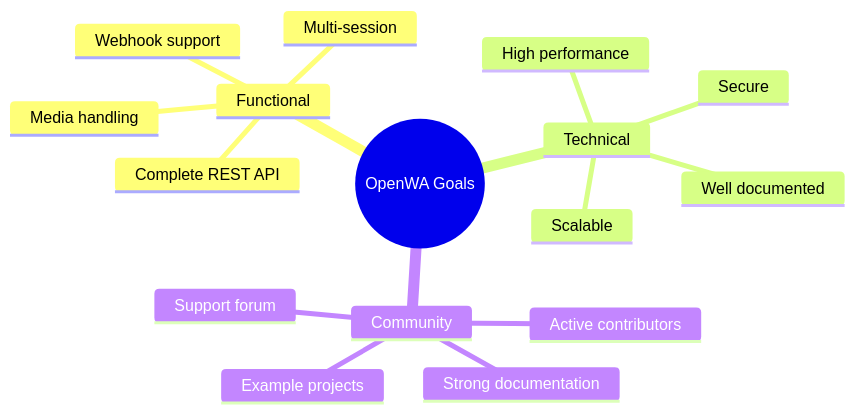
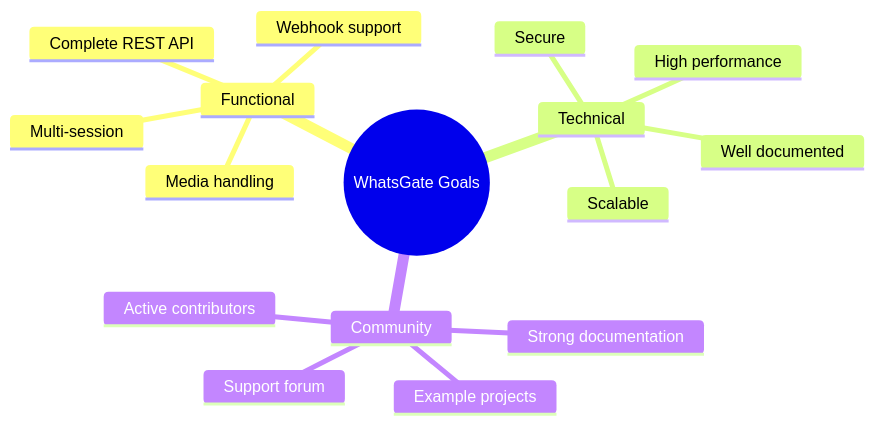
The second of 5 diagrams in docs/01-project-overview.md (liminal-loop/whatsgate), drawn with Mermaid before and after one commit. The commit also changed other lines of this file and 46 other files, not shown here.

Commit message:
chore: rebrand OpenWA to WhatsGate across app and docs

````diff
--- a/docs/01-project-overview.md
+++ b/docs/01-project-overview.md
@@ -70,19 +70,19 @@
 ```mermaid
 mindmap
-  root((OpenWA Goals))
+  root((WhatsGate Goals))
     Functional
       Complete REST API
       Multi-session
       Webhook support
       Media handling
     Technical
       High performance
       Scalable
       Secure
       Well documented
     Community
       Active contributors
       Strong documentation
       Example projects
       Support forum
 ```
````
